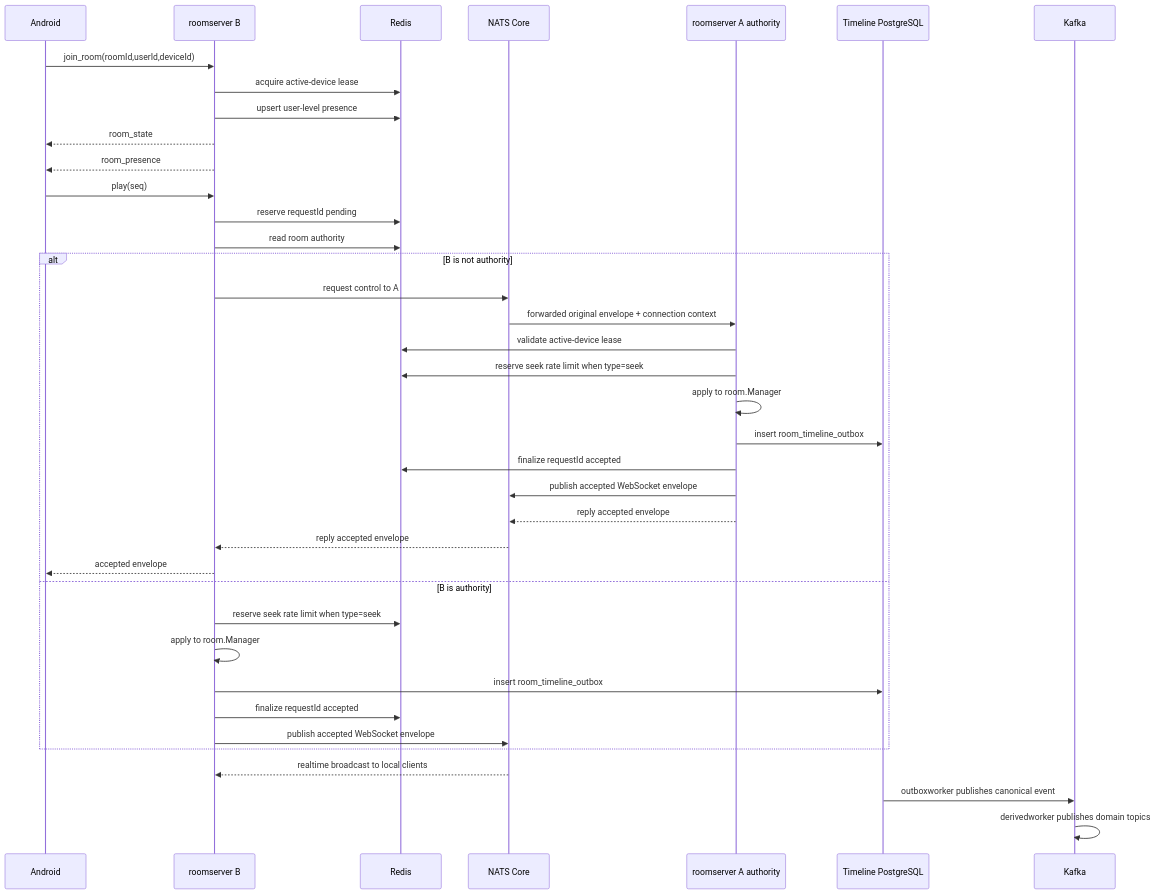
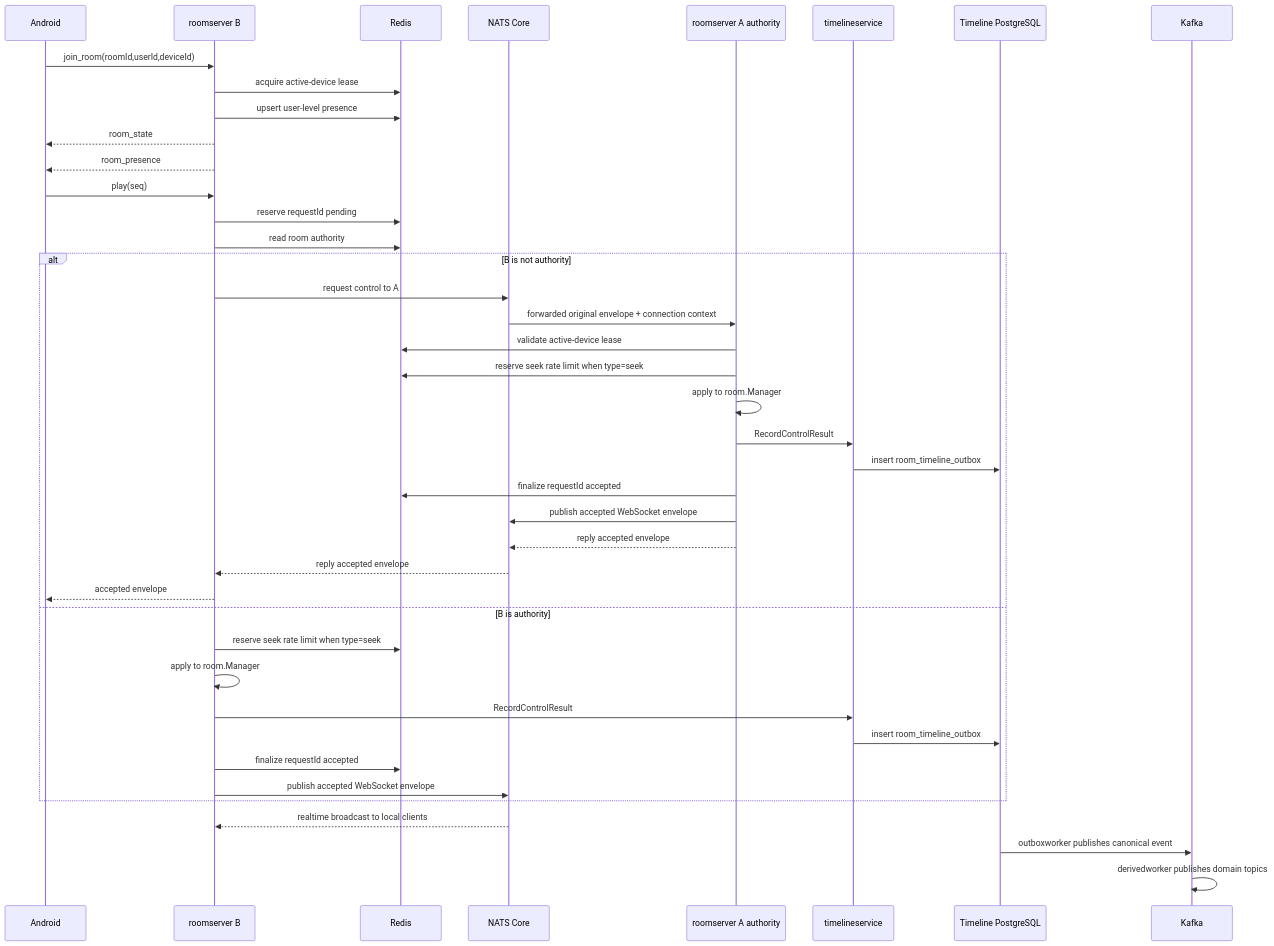
The fifth of 9 diagrams in docs/distributed-architecture.md (sunboyZgz/watch_together), drawn with Mermaid before and after one commit. The commit also changed other lines of this file and 28 other files, not shown here.

Commit message:
feat: Add the initial implementation of RPC, Added timeline-owned result builder/recovery feed in,

````diff
--- a/docs/distributed-architecture.md
+++ b/docs/distributed-architecture.md
@@ -228,41 +230,44 @@
 ```mermaid
 sequenceDiagram
   participant C as Android
   participant B as roomserver B
   participant R as Redis
   participant N as NATS Core
   participant A as roomserver A authority
+  participant T as timelineservice
   participant P as Timeline PostgreSQL
   participant K as Kafka
 
   C->>B: join_room(roomId,userId,deviceId)
   B->>R: acquire active-device lease
   B->>R: upsert user-level presence
   B-->>C: room_state
   B-->>C: room_presence
   C->>B: play(seq)
   B->>R: reserve requestId pending
   B->>R: read room authority
   alt B is not authority
     B->>N: request control to A
     N->>A: forwarded original envelope + connection context
     A->>R: validate active-device lease
     A->>R: reserve seek rate limit when type=seek
     A->>A: apply to room.Manager
-    A->>P: insert room_timeline_outbox
+    A->>T: RecordControlResult
+    T->>P: insert room_timeline_outbox
     A->>R: finalize requestId accepted
     A->>N: publish accepted WebSocket envelope
     A-->>N: reply accepted envelope
     N-->>B: reply accepted envelope
     B-->>C: accepted envelope
   else B is authority
     B->>R: reserve seek rate limit when type=seek
     B->>B: apply to room.Manager
-    B->>P: insert room_timeline_outbox
+    B->>T: RecordControlResult
+    T->>P: insert room_timeline_outbox
     B->>R: finalize requestId accepted
     B->>N: publish accepted WebSocket envelope
   end
   N-->>B: realtime broadcast to local clients
   P->>K: outboxworker publishes canonical event
   K->>K: derivedworker publishes domain topics
 ```
````
